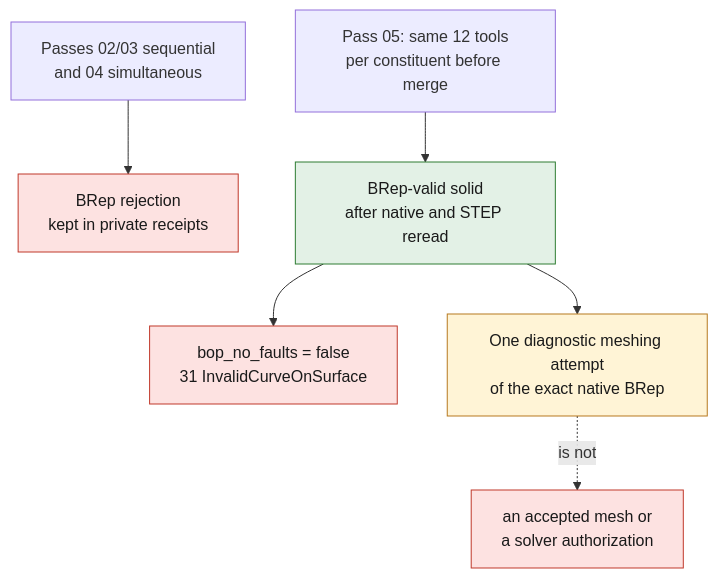
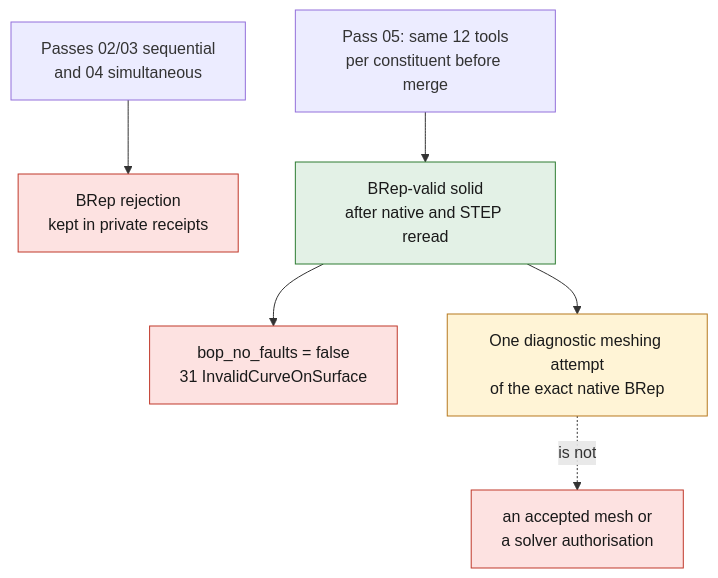
Before and after one commit to cluster2600/porscheparts: the diagram in twins/m64-cylinder-head/source/flowbench-intake/README-gas-domain.md, drawn with Mermaid. The commit also changed other lines of this file and 480 other files, not shown here.

````diff
--- a/twins/m64-cylinder-head/source/flowbench-intake/README-gas-domain.md
+++ b/twins/m64-cylinder-head/source/flowbench-intake/README-gas-domain.md
@@ -55,11 +55,11 @@
 ```mermaid
 flowchart TD
     A["Passes 02/03 sequential<br/>and 04 simultaneous"] --> R["BRep rejection<br/>kept in private receipts"]:::stop
     B["Pass 05: same 12 tools<br/>per constituent before merge"] --> C["BRep-valid solid<br/>after native and STEP reread"]:::ok
     C --> D["bop_no_faults = false<br/>31 InvalidCurveOnSurface"]:::stop
     C --> E["One diagnostic meshing attempt<br/>of the exact native BRep"]:::open
-    E -. "is not" .-> F["an accepted mesh or<br/>a solver authorization"]:::stop
+    E -. "is not" .-> F["an accepted mesh or<br/>a solver authorisation"]:::stop
     classDef stop fill:#fde2e1,stroke:#c0392b,color:#1a1a1a;
     classDef ok fill:#e3f1e6,stroke:#2e7d32,color:#1a1a1a;
     classDef open fill:#fff4d6,stroke:#b7791f,color:#1a1a1a;
 ```
````
